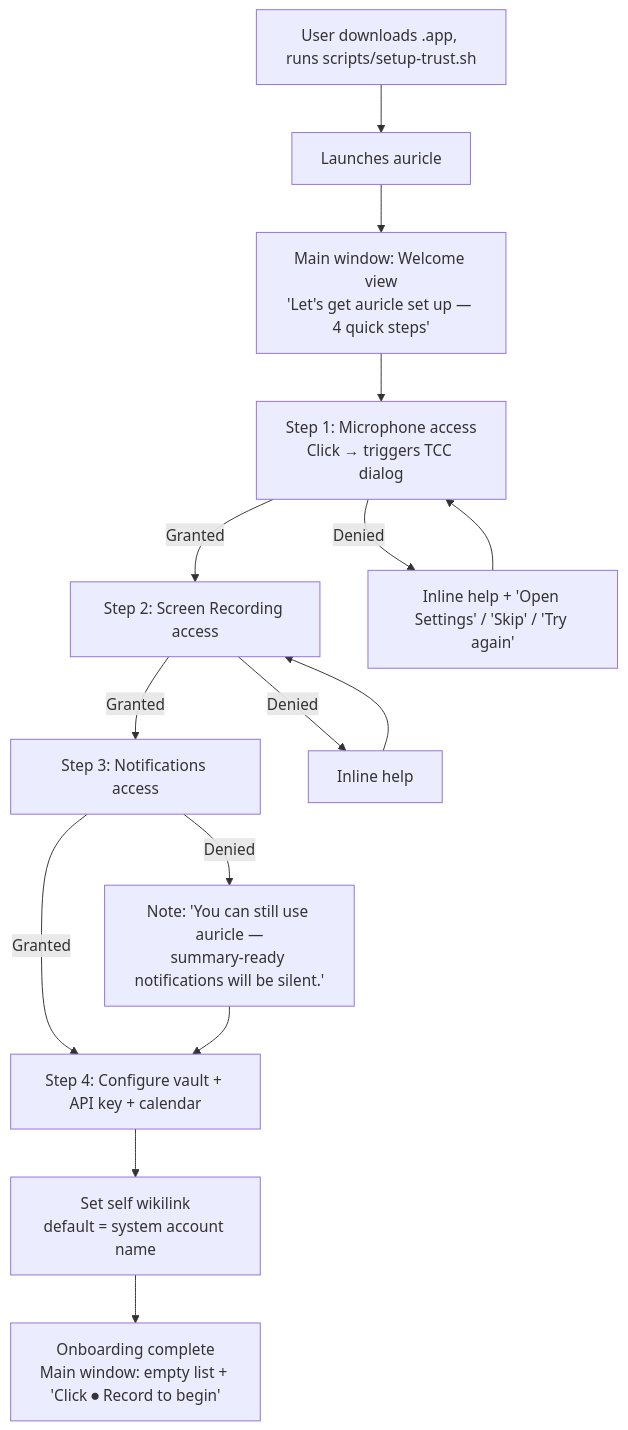
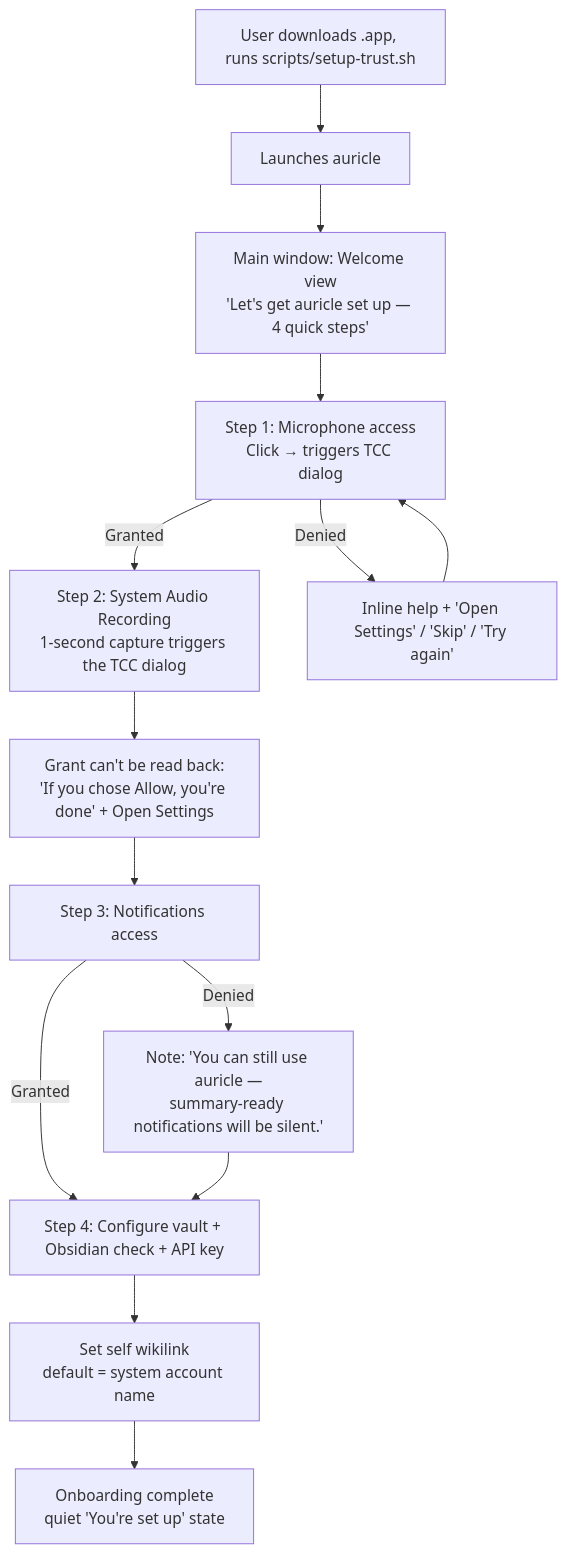
The first of 5 diagrams in _bmad-output/planning-artifacts/ux-design-specification.md (arunderwood/auricle), drawn with Mermaid before and after one commit. The commit also changed other lines of this file and 14 other files, not shown here.

````diff
--- a/_bmad-output/planning-artifacts/ux-design-specification.md
+++ b/_bmad-output/planning-artifacts/ux-design-specification.md
@@ -824,15 +824,14 @@
 ```mermaid
 flowchart TD
     Install[User downloads .app, runs scripts/setup-trust.sh] --> Launch[Launches auricle]
     Launch --> Welcome[Main window: Welcome view<br/>'Let's get auricle set up — 4 quick steps']
     Welcome --> Mic[Step 1: Microphone access<br/>Click → triggers TCC dialog]
-    Mic -->|Granted| Screen[Step 2: Screen Recording access]
+    Mic -->|Granted| Screen[Step 2: System Audio Recording<br/>1-second capture triggers the TCC dialog]
     Mic -->|Denied| MicHelp[Inline help + 'Open Settings' / 'Skip' / 'Try again']
     MicHelp --> Mic
-    Screen -->|Granted| Notif[Step 3: Notifications access]
-    Screen -->|Denied| ScreenHelp[Inline help] --> Screen
-    Notif -->|Granted| Cfg[Step 4: Configure vault + API key + calendar]
+    Screen --> ScreenHelp[Grant can't be read back:<br/>'If you chose Allow, you're done' + Open Settings] --> Notif[Step 3: Notifications access]
+    Notif -->|Granted| Cfg[Step 4: Configure vault + Obsidian check + API key]
     Notif -->|Denied| NotifSkip[Note: 'You can still use auricle —<br/>summary-ready notifications will be silent.'] --> Cfg
     Cfg --> SelfWL[Set self wikilink<br/>default = system account name]
-    SelfWL --> Done[Onboarding complete<br/>Main window: empty list + 'Click ⏺ Record to begin']
+    SelfWL --> Done[Onboarding complete<br/>quiet 'You're set up' state]
 ```
````
